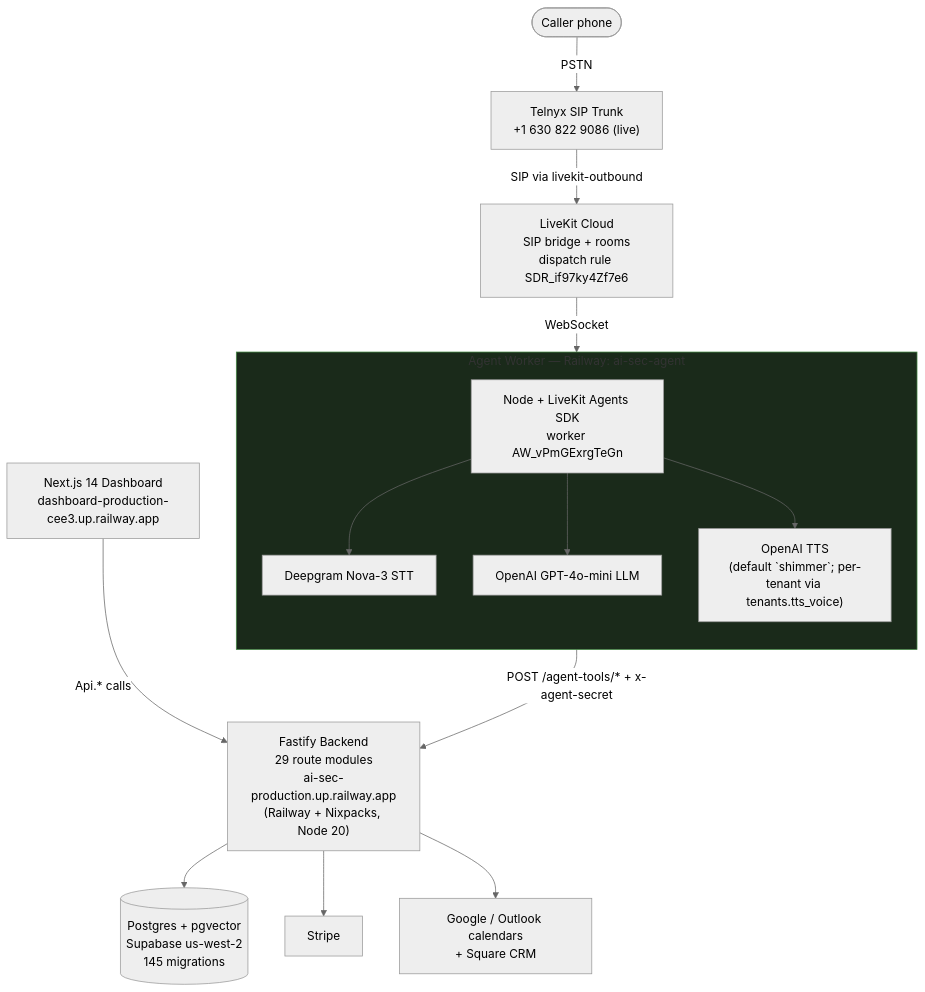
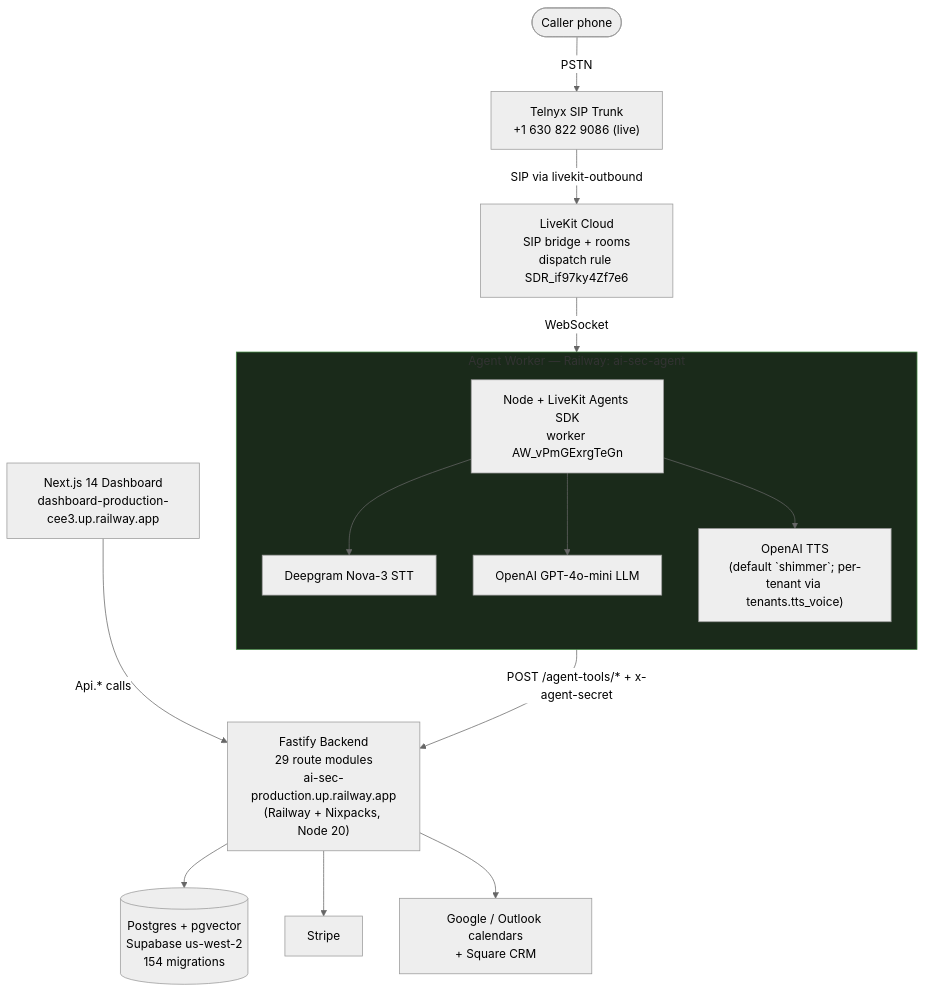
The first of 11 diagrams in docs/DIAGRAMS.md (ddemott/ai-sec), drawn with Mermaid (neutral theme) before and after one commit. The commit also changed 3 other files, not shown here.

````diff
--- a/docs/DIAGRAMS.md
+++ b/docs/DIAGRAMS.md
@@ -27,37 +27,37 @@
 ```mermaid
 flowchart TB
   Caller([Caller phone])
   Telnyx["Telnyx SIP Trunk<br/>+1 630 822 9086 (live)"]
   Caller -->|PSTN| Telnyx
 
   LiveKit["LiveKit Cloud<br/>SIP bridge + rooms<br/>dispatch rule SDR_if97ky4Zf7e6"]
   Telnyx -->|SIP via livekit-outbound| LiveKit
 
   subgraph agentBox["Agent Worker — Railway: ai-sec-agent"]
     direction TB
     Agent["Node + LiveKit Agents SDK<br/>worker AW_vPmGExrgTeGn"]
     DG["Deepgram Nova-3 STT"]
     OAI["OpenAI GPT-4o-mini LLM"]
     TTS["OpenAI TTS<br/>(default `shimmer`; per-tenant via tenants.tts_voice)"]
     Agent --> DG
     Agent --> OAI
     Agent --> TTS
   end
 
   LiveKit -->|WebSocket| Agent
 
   Fastify["Fastify Backend<br/>29 route modules<br/>ai-sec-production.up.railway.app<br/>(Railway + Nixpacks, Node 20)"]
   Agent -->|POST /agent-tools/* + x-agent-secret| Fastify
 
-  Postgres[("Postgres + pgvector<br/>Supabase us-west-2<br/>145 migrations")]
+  Postgres[("Postgres + pgvector<br/>Supabase us-west-2<br/>154 migrations")]
   Stripe["Stripe"]
   Integrations["Google / Outlook calendars<br/>+ Square CRM"]
   Dashboard["Next.js 14 Dashboard<br/>dashboard-production-cee3.up.railway.app"]
 
   Fastify --> Postgres
   Fastify --> Stripe
   Fastify --> Integrations
   Dashboard -->|Api.* calls| Fastify
 
   style agentBox fill:#1a2a1a,stroke:#484
 ```
````
